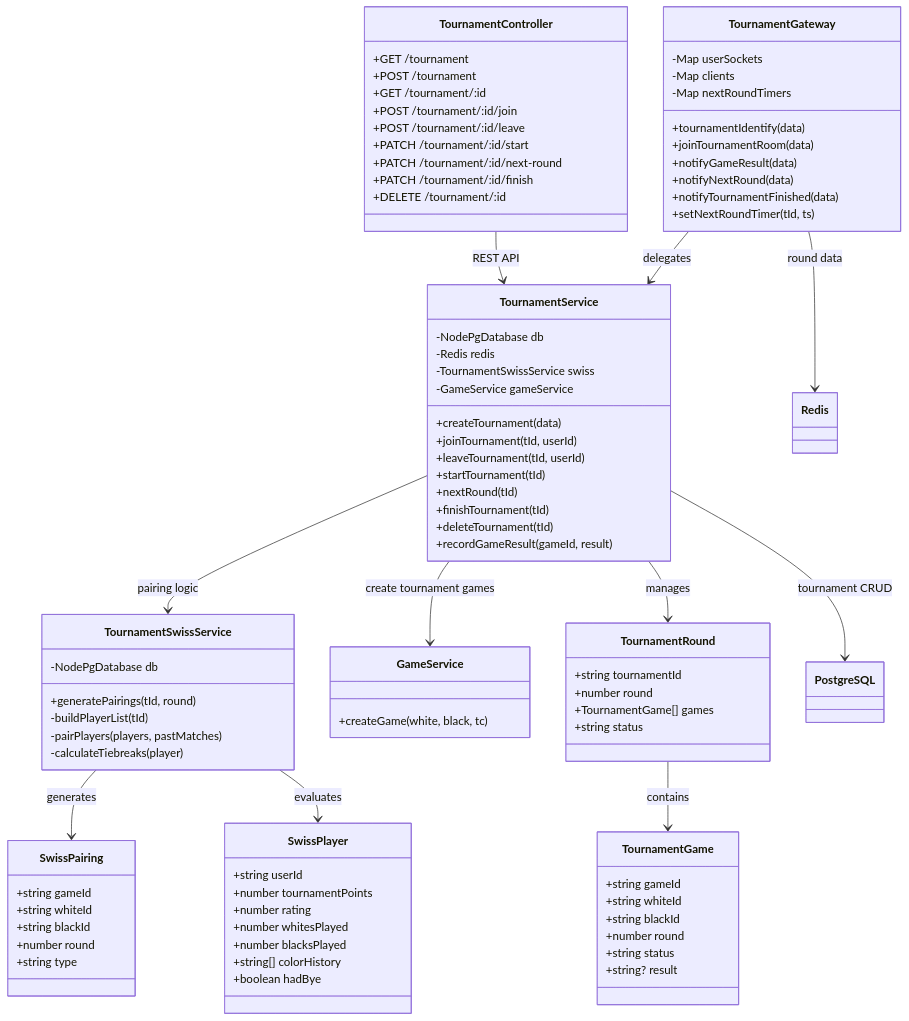
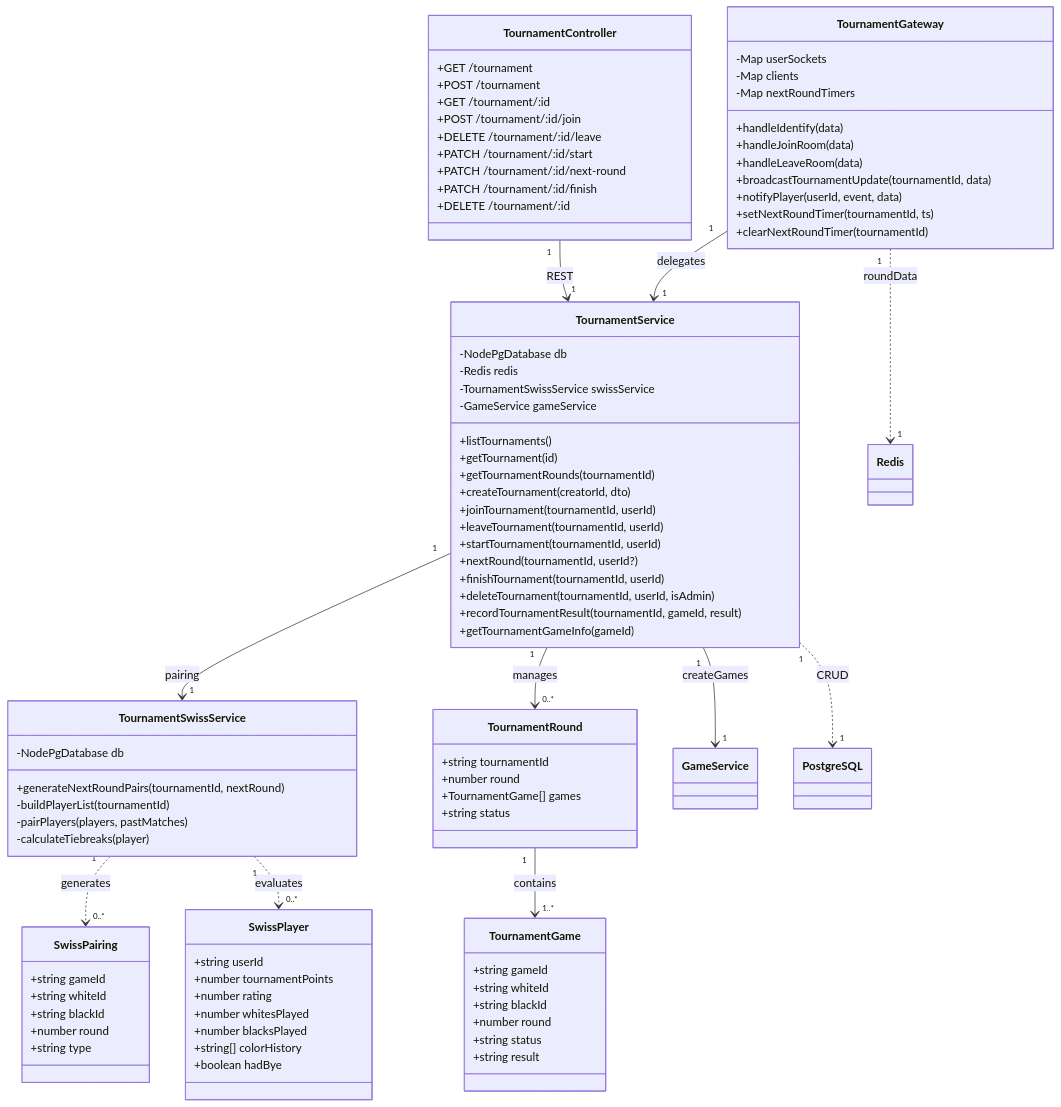
The fourth of 10 diagrams in docs/class-and-package-diagrams.md (legiabao0907/web-chess-real-time), drawn with Mermaid before and after one commit. The commit also changed other lines of this file, not shown here.

````diff
--- a/docs/class-and-package-diagrams.md
+++ b/docs/class-and-package-diagrams.md
@@ -419,39 +710,40 @@
         -Map userSockets
         -Map clients
         -Map nextRoundTimers
-        +tournamentIdentify(data)
-        +joinTournamentRoom(data)
-        +notifyGameResult(data)
-        +notifyNextRound(data)
-        +notifyTournamentFinished(data)
-        +setNextRoundTimer(tId, ts)
+        +handleIdentify(data)
+        +handleJoinRoom(data)
+        +handleLeaveRoom(data)
+        +broadcastTournamentUpdate(tournamentId, data)
+        +notifyPlayer(userId, event, data)
+        +setNextRoundTimer(tournamentId, ts)
+        +clearNextRoundTimer(tournamentId)
     }
 
     class TournamentService {
         -NodePgDatabase db
         -Redis redis
-        -TournamentSwissService swiss
+        -TournamentSwissService swissService
         -GameService gameService
-        +createTournament(data)
-        +joinTournament(tId, userId)
-        +leaveTournament(tId, userId)
-        +startTournament(tId)
-        +nextRound(tId)
-        +finishTournament(tId)
-        +deleteTournament(tId)
-        +recordGameResult(gameId, result)
+        +listTournaments()
+        +getTournament(id)
+        +getTournamentRounds(tournamentId)
+        +createTournament(creatorId, dto)
+        +joinTournament(tournamentId, userId)
+        +leaveTournament(tournamentId, userId)
+        +startTournament(tournamentId, userId)
+        +nextRound(tournamentId, userId?)
+        +finishTournament(tournamentId, userId)
+        +deleteTournament(tournamentId, userId, isAdmin)
+        +recordTournamentResult(tournamentId, gameId, result)
+        +getTournamentGameInfo(gameId)
     }
 
     class TournamentSwissService {
         -NodePgDatabase db
-        +generatePairings(tId, round)
-        -buildPlayerList(tId)
+        +generateNextRoundPairs(tournamentId, nextRound)
+        -buildPlayerList(tournamentId)
         -pairPlayers(players, pastMatches)
         -calculateTiebreaks(player)
-    }
-
-    class GameService {
-        +createGame(white, black, tc)
     }
 
     class TournamentController {
@@ -459,7 +751,7 @@
         +POST /tournament
         +GET /tournament/:id
         +POST /tournament/:id/join
-        +POST /tournament/:id/leave
+        +DELETE /tournament/:id/leave
         +PATCH /tournament/:id/start
         +PATCH /tournament/:id/next-round
         +PATCH /tournament/:id/finish
@@ -479,7 +771,7 @@
         +string blackId
         +number round
         +string status
-        +string? result
+        +string result
     }
 
     class SwissPairing {
@@ -500,15 +792,16 @@
         +boolean hadBye
     }
 
-    TournamentGateway --> TournamentService : delegates
-    TournamentService --> TournamentSwissService : pairing logic
-    TournamentService --> GameService : create tournament games
-    TournamentController --> TournamentService : REST API
-    TournamentSwissService --> SwissPairing : generates
-    TournamentSwissService --> SwissPlayer : evaluates
-    TournamentService --> TournamentRound : manages
-    TournamentRound --> TournamentGame : contains
+    TournamentGateway "1" --> "1" TournamentService : delegates
+    TournamentService "1" --> "1" TournamentSwissService : pairing
+    TournamentService "1" --> "1" GameService : createGames
+    TournamentController "1" --> "1" TournamentService : REST
 
-    TournamentGateway --> Redis : round data
-    TournamentService --> PostgreSQL : tournament CRUD
+    TournamentService "1" --> "0..*" TournamentRound : manages
+    TournamentRound "1" --> "1..*" TournamentGame : contains
+    TournamentSwissService "1" ..> "0..*" SwissPairing : generates
+    TournamentSwissService "1" ..> "0..*" SwissPlayer : evaluates
+
+    TournamentGateway "1" ..> "1" Redis : roundData
+    TournamentService "1" ..> "1" PostgreSQL : CRUD
 ```
````
